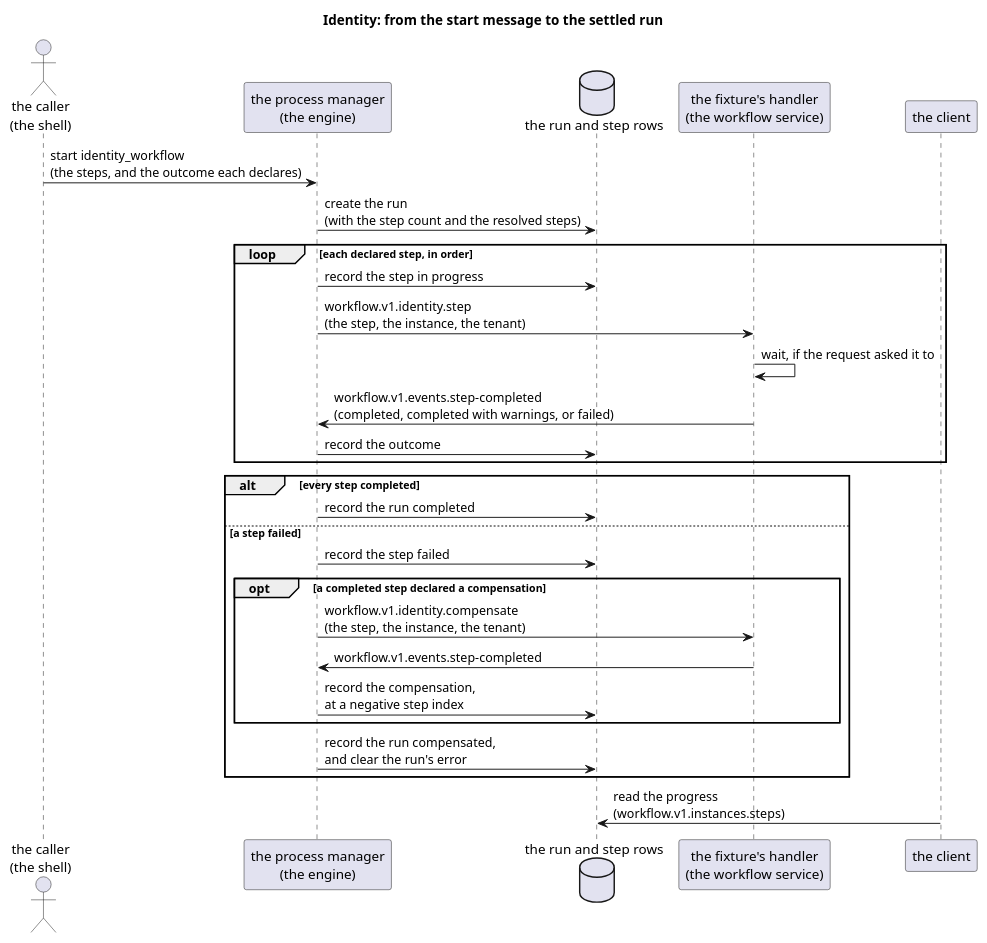
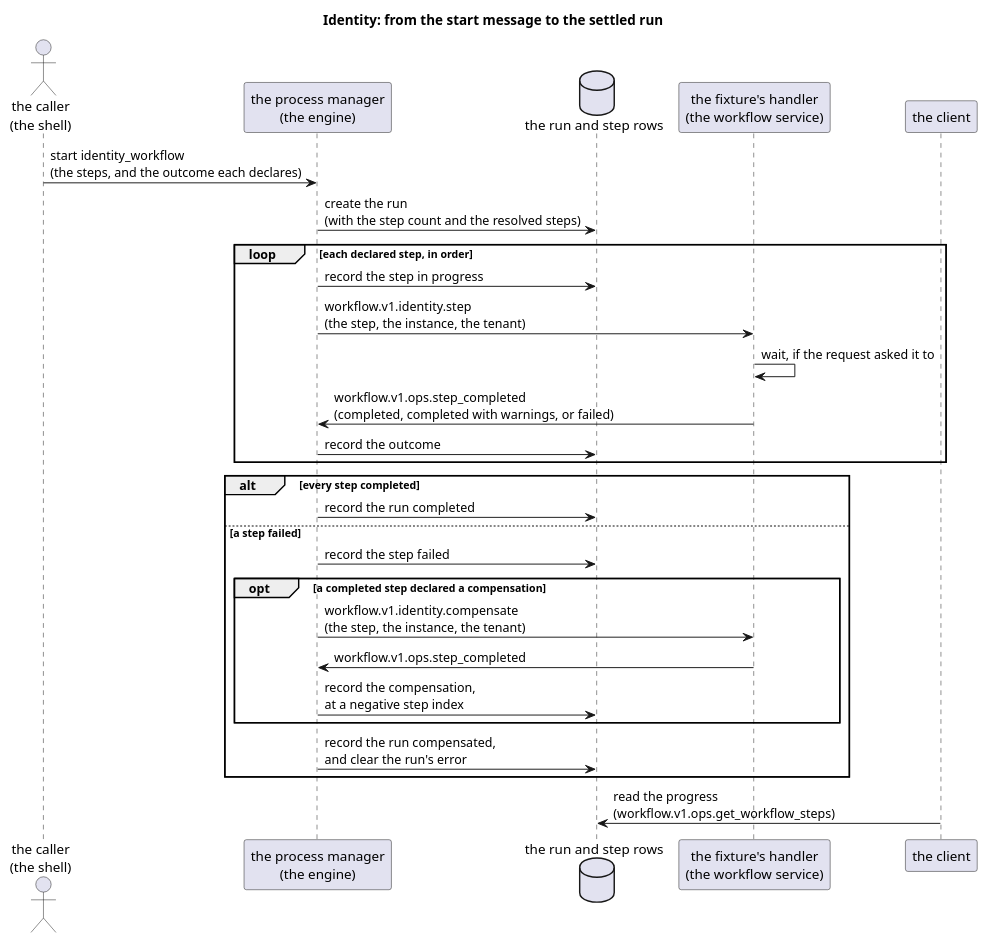
Before and after one commit to OreStudio/OreStudio: the diagram in doc/knowledge/workflows/identity_workflow_interaction.puml, drawn with PlantUML. The commit also changed 418 other files, not shown here.

```diff
--- a/doc/knowledge/workflows/identity_workflow_interaction.puml
+++ b/doc/knowledge/workflows/identity_workflow_interaction.puml
@@ -18,44 +18,44 @@
 @startuml
 
 title Identity: from the start message to the settled run
 
 actor "the caller\n(the shell)" as caller
 participant "the process manager\n(the engine)" as engine
 database "the run and step rows" as db
 participant "the fixture's handler\n(the workflow service)" as handler
 participant "the client" as client
 
 caller -> engine : start identity_workflow\n(the steps, and the outcome each declares)
 engine -> db : create the run\n(with the step count and the resolved steps)
 
 loop each declared step, in order
 
     engine -> db : record the step in progress
     engine -> handler : workflow.v1.identity.step\n(the step, the instance, the tenant)
     handler -> handler : wait, if the request asked it to
-    handler -> engine : workflow.v1.events.step-completed\n(completed, completed with warnings, or failed)
+    handler -> engine : workflow.v1.ops.step_completed\n(completed, completed with warnings, or failed)
     engine -> db : record the outcome
 
 end
 
 alt every step completed
 
     engine -> db : record the run completed
 
 else a step failed
 
     engine -> db : record the step failed
 
     opt a completed step declared a compensation
         engine -> handler : workflow.v1.identity.compensate\n(the step, the instance, the tenant)
-        handler -> engine : workflow.v1.events.step-completed
+        handler -> engine : workflow.v1.ops.step_completed
         engine -> db : record the compensation,\nat a negative step index
     end
 
     engine -> db : record the run compensated,\nand clear the run's error
 
 end
 
-client -> db : read the progress\n(workflow.v1.instances.steps)
+client -> db : read the progress\n(workflow.v1.ops.get_workflow_steps)
 
 @enduml
```
